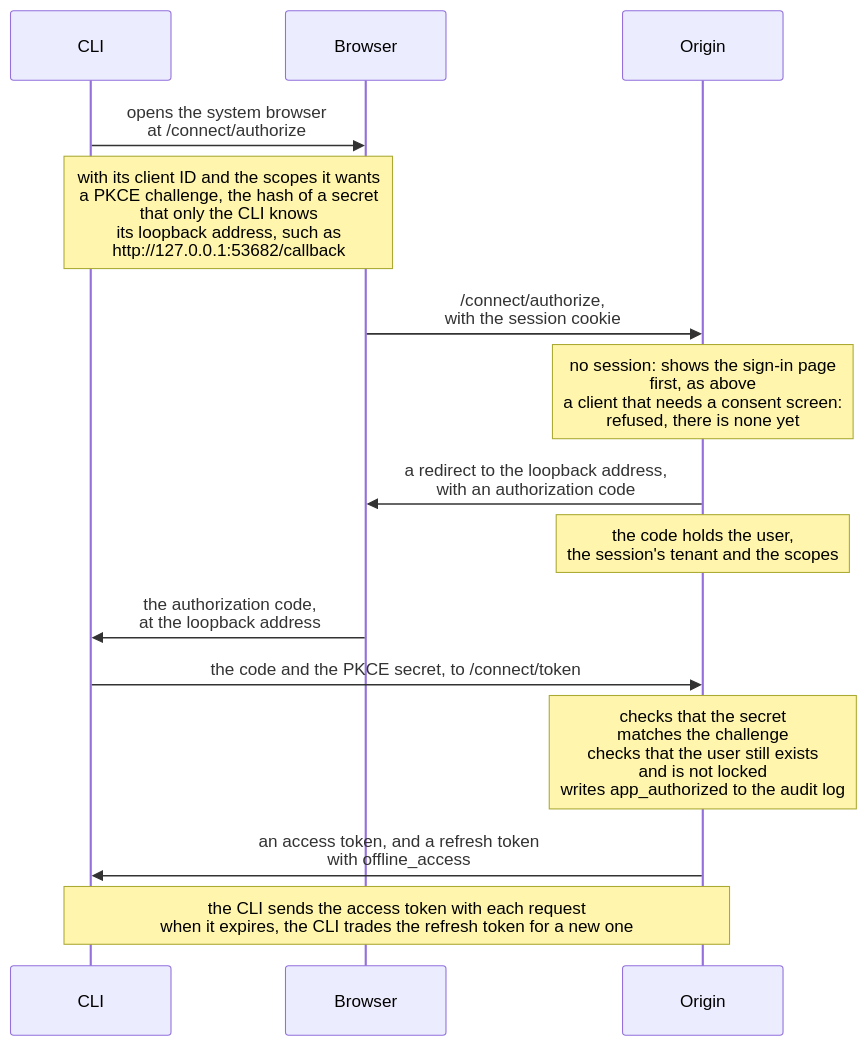
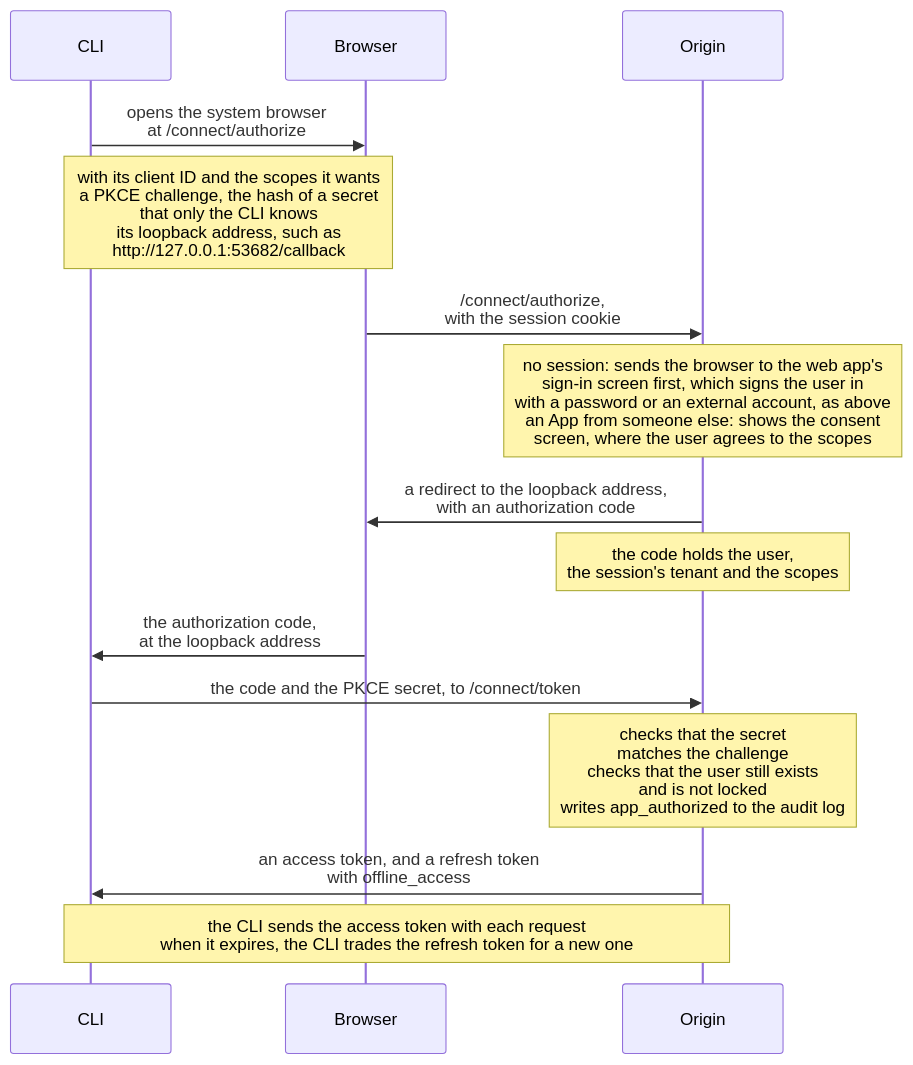
The fourth of 5 diagrams in docs/architecture/Architecture.Authentication.md (vpalos/BigFatFile), drawn with Mermaid before and after one commit. The commit also changed other lines of this file and 5 other files, not shown here.

First line of the commit message:
Show the designed sign-in flows in the Authentication diagrams, and add the external sign-in.

````diff
--- a/docs/architecture/Architecture.Authentication.md
+++ b/docs/architecture/Architecture.Authentication.md
@@ -199,17 +240,17 @@
 ```mermaid
 sequenceDiagram
     participant C as CLI
     participant B as Browser
     participant O as Origin
     C->>B: opens the system browser<br/>at /connect/authorize
     Note over C,B: with its client ID and the scopes it wants<br/>a PKCE challenge, the hash of a secret<br/>that only the CLI knows<br/>its loopback address, such as<br/>http://127.0.0.1:53682/callback
     B->>O: /connect/authorize,<br/>with the session cookie
-    Note over O: no session: shows the sign-in page<br/>first, as above<br/>a client that needs a consent screen:<br/>refused, there is none yet
+    Note over O: no session: sends the browser to the web app's<br/>sign-in screen first, which signs the user in<br/>with a password or an external account, as above<br/>an App from someone else: shows the consent<br/>screen, where the user agrees to the scopes
     O->>B: a redirect to the loopback address,<br/>with an authorization code
     Note over O: the code holds the user,<br/>the session's tenant and the scopes
     B->>C: the authorization code,<br/>at the loopback address
     C->>O: the code and the PKCE secret, to /connect/token
     Note over O: checks that the secret<br/>matches the challenge<br/>checks that the user still exists<br/>and is not locked<br/>writes app_authorized to the audit log
     O->>C: an access token, and a refresh token<br/>with offline_access
     Note over C,O: the CLI sends the access token with each request<br/>when it expires, the CLI trades the refresh token for a new one
 ```
````
